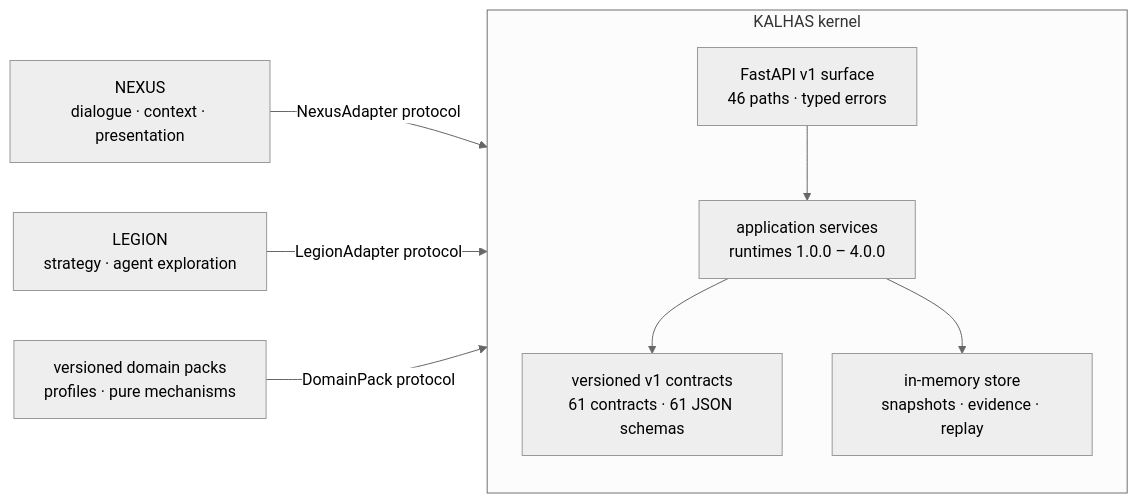
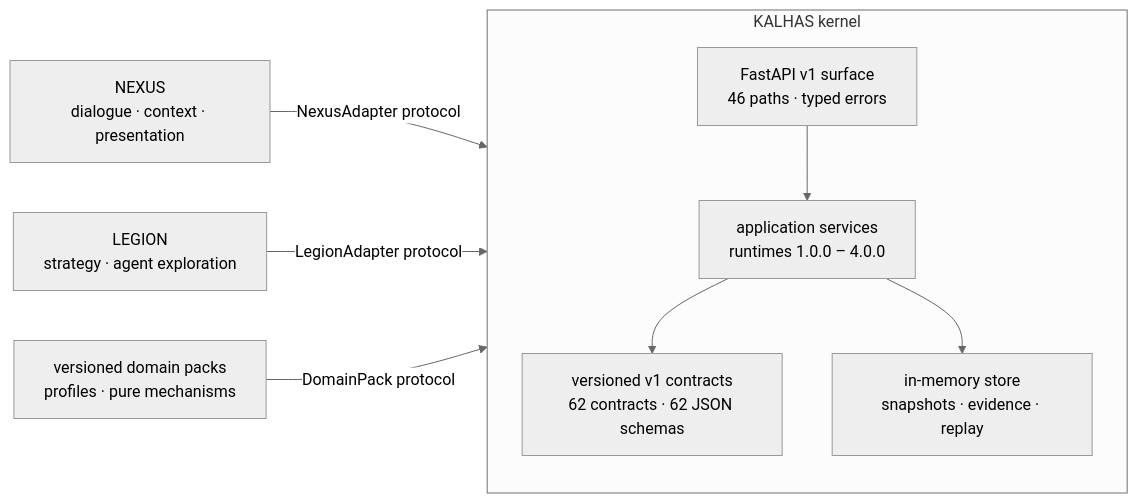
The diagram in README.md (Encomm-Tensor-Intelligence/Encomm_Kalhas), drawn with Mermaid (neutral theme) before and after one commit. The commit also changed other lines of this file and 10 other files, not shown here.

````diff
--- a/README.md
+++ b/README.md
@@ -82,21 +82,21 @@
 ```mermaid
 flowchart LR
     NEXUS["NEXUS<br/>dialogue · context · presentation"]
     LEGION["LEGION<br/>strategy · agent exploration"]
 
     subgraph KALHAS["KALHAS kernel"]
         direction TB
         API["FastAPI v1 surface<br/>46 paths · typed errors"]
         APP["application services<br/>runtimes 1.0.0 – 4.0.0"]
-        CON["versioned v1 contracts<br/>61 contracts · 61 JSON schemas"]
+        CON["versioned v1 contracts<br/>62 contracts · 62 JSON schemas"]
         STORE["in-memory store<br/>snapshots · evidence · replay"]
         API --> APP --> CON
         APP --> STORE
     end
 
     PACK["versioned domain packs<br/>profiles · pure mechanisms"]
 
     NEXUS -->|NexusAdapter protocol| API
     LEGION -->|LegionAdapter protocol| API
     PACK -->|DomainPack protocol| APP
 ```
````
